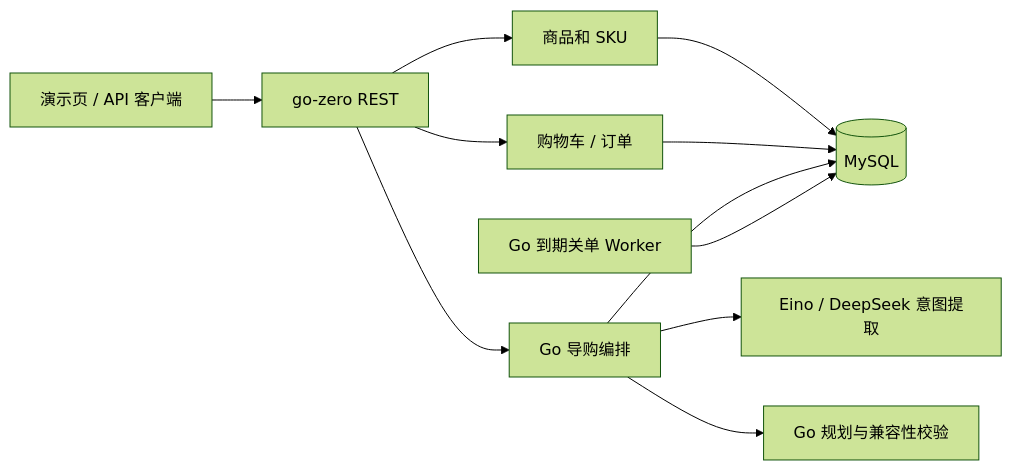
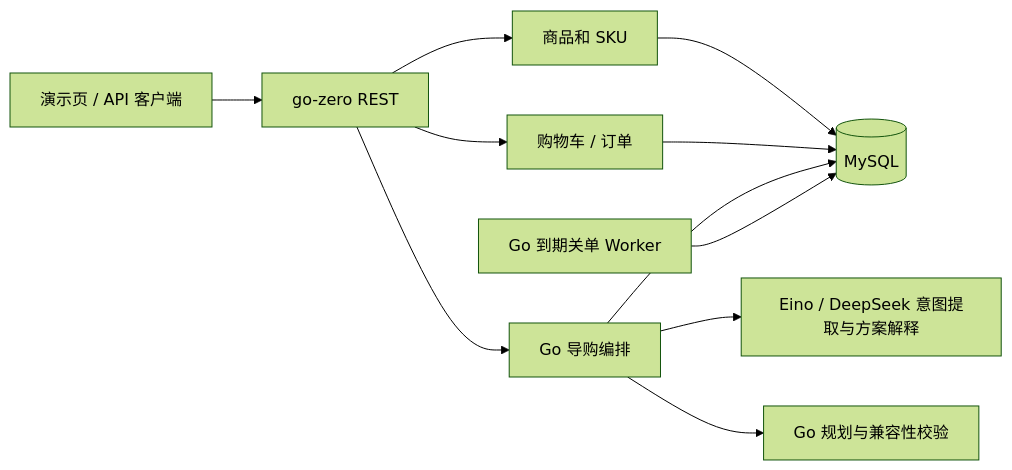
Before and after one commit to fishcakezzz/GoGuide: the first of 2 diagrams in docs/GoGuide_Technical_Design.md, drawn with Mermaid (forest theme). The commit also changed other lines of this file and 18 other files, not shown here.

````diff
--- a/docs/GoGuide_Technical_Design.md
+++ b/docs/GoGuide_Technical_Design.md
@@ -27,13 +27,13 @@
 ```mermaid
 flowchart LR
   Browser[演示页 / API 客户端] --> HTTP[go-zero REST]
   HTTP --> Catalog[商品和 SKU]
   HTTP --> Trade[购物车 / 订单]
   HTTP --> Guide[Go 导购编排]
-  Guide --> Model[Eino / DeepSeek 意图提取]
+  Guide --> Model[Eino / DeepSeek 意图提取与方案解释]
   Guide --> Rules[Go 规划与兼容性校验]
   Catalog --> DB[(MySQL)]
   Trade --> DB
   Guide --> DB
   Worker[Go 到期关单 Worker] --> DB
 ```
````
